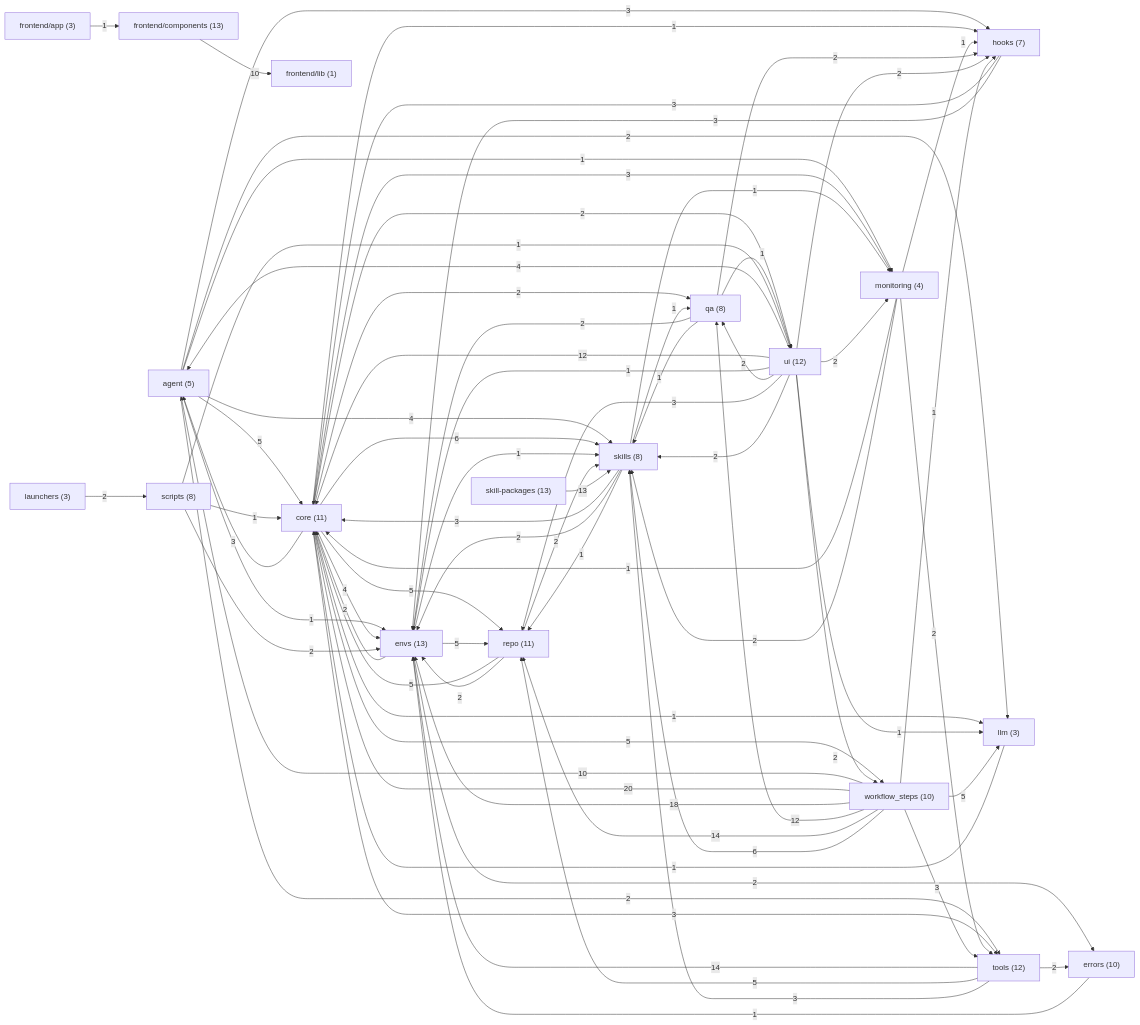
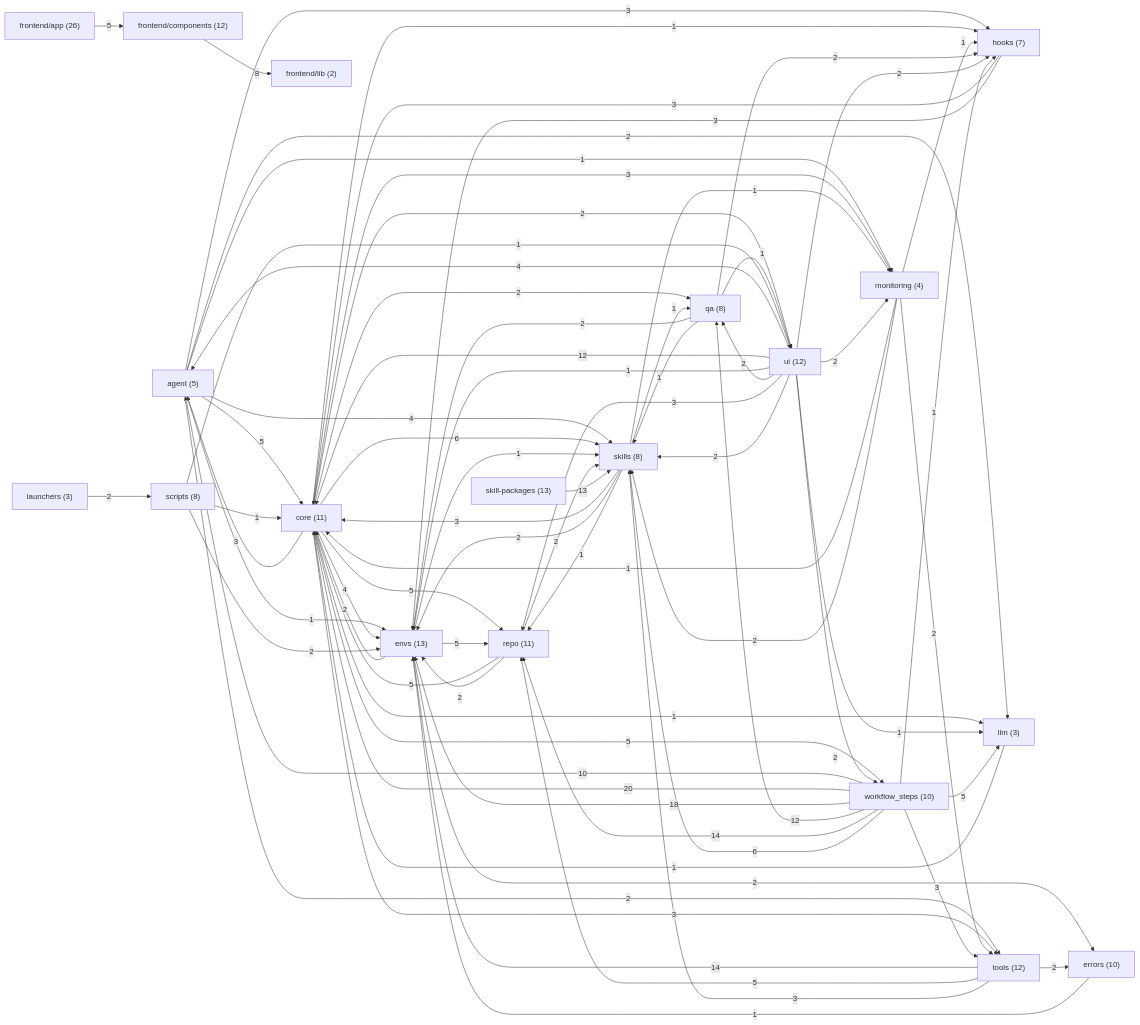
The second of 21 diagrams in docs/ARCHITECTURE_MAP.md (sarveshtalele/maf-harness-testing), drawn with Mermaid before and after one commit. The commit also changed other lines of this file and 1 other file, not shown here.

Commit message:
docs(ui): frontend guide for routes and page template; regenerate architecture map

```diff
--- a/docs/ARCHITECTURE_MAP.md
+++ b/docs/ARCHITECTURE_MAP.md
@@ -63,9 +63,9 @@
   g1["core (11)"]
   g2["envs (13)"]
   g3["errors (10)"]
-  g4["frontend/app (3)"]
-  g5["frontend/components (13)"]
-  g6["frontend/lib (1)"]
+  g4["frontend/app (26)"]
+  g5["frontend/components (12)"]
+  g6["frontend/lib (2)"]
   g7["hooks (7)"]
   g8["launchers (3)"]
   g9["llm (3)"]
@@ -101,8 +101,8 @@
   g2 -->|5| g12
   g2 -->|1| g15
   g3 -->|1| g2
-  g4 -->|1| g5
-  g5 -->|10| g6
+  g4 -->|5| g5
+  g5 -->|8| g6
   g7 -->|3| g1
   g7 -->|3| g2
   g8 -->|2| g13
```
